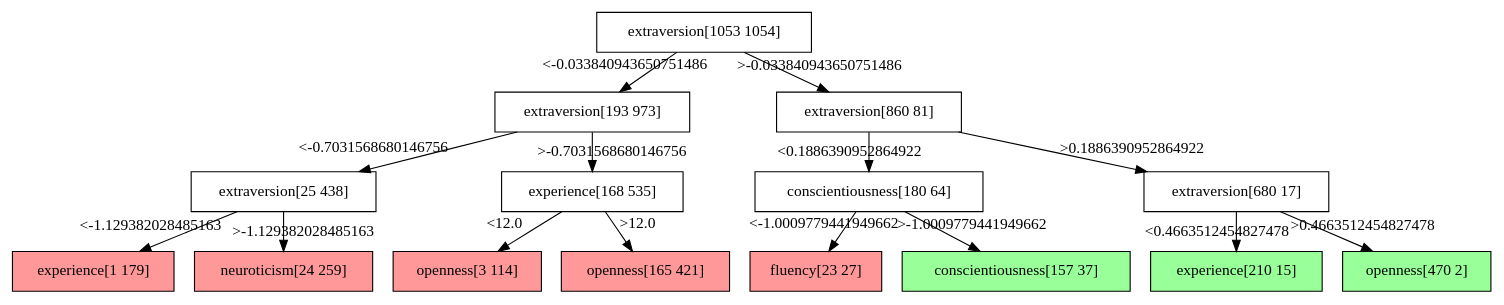
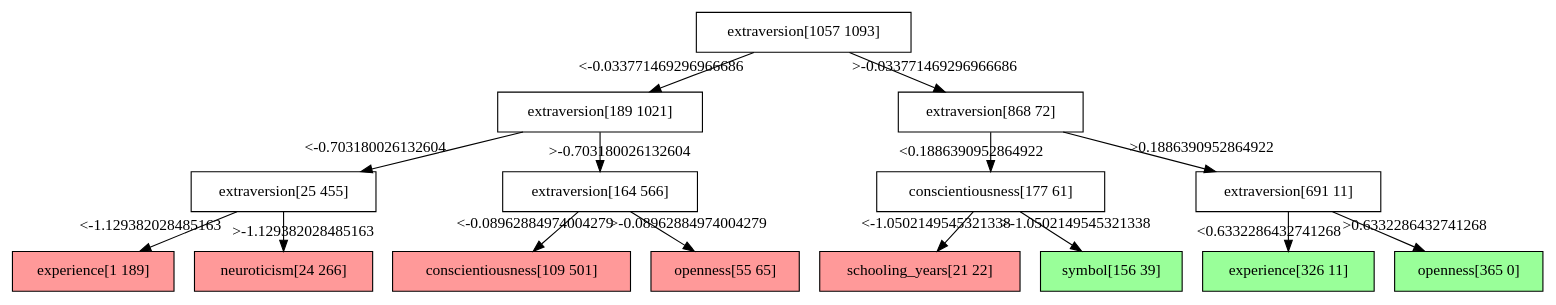
One commit to Poojabl26/Programming-Project changed the diagram in skills_and_wages/bld/out/analysis/decision_tree.dot. Above: the diagram before and after it, drawn with Graphviz. The commit also changed 15 other files, not shown here.

```diff
--- a/skills_and_wages/bld/out/analysis/decision_tree.dot
+++ b/skills_and_wages/bld/out/analysis/decision_tree.dot
@@ -1,32 +1,32 @@
 digraph Tree {
 node [shape=box, style="filled", color="black"] ;
-0 [ label="extraversion[1053 1054]" , fillcolor="#ffffff"] ;
-1 [ label="extraversion[193 973]" , fillcolor="#ffffff"] ;
-0->1 [labeldistance=2.5, labelangle=45, headlabel="<-0.033840943650751486"] ;
-3 [ label="extraversion[25 438]" , fillcolor="#ffffff"] ;
-1->3 [labeldistance=2.5, labelangle=45, headlabel="<-0.7031568680146756"] ;
-5 [ label="experience[1 179]" , fillcolor="#ff9999"] ;
+0 [ label="extraversion[1057 1093]" , fillcolor="#ffffff"] ;
+1 [ label="extraversion[189 1021]" , fillcolor="#ffffff"] ;
+0->1 [labeldistance=2.5, labelangle=45, headlabel="<-0.033771469296966686"] ;
+3 [ label="extraversion[25 455]" , fillcolor="#ffffff"] ;
+1->3 [labeldistance=2.5, labelangle=45, headlabel="<-0.703180026132604"] ;
+5 [ label="experience[1 189]" , fillcolor="#ff9999"] ;
 3->5 [labeldistance=2.5, labelangle=45, headlabel="<-1.129382028485163"] ;
-6 [ label="neuroticism[24 259]" , fillcolor="#ff9999"] ;
+6 [ label="neuroticism[24 266]" , fillcolor="#ff9999"] ;
 3->6 [labeldistance=2.5, labelangle=-45, headlabel=">-1.129382028485163"] ;
-4 [ label="experience[168 535]" , fillcolor="#ffffff"] ;
-1->4 [labeldistance=2.5, labelangle=-45, headlabel=">-0.7031568680146756"] ;
-7 [ label="openness[3 114]" , fillcolor="#ff9999"] ;
-4->7 [labeldistance=2.5, labelangle=45, headlabel="<12.0"] ;
-8 [ label="openness[165 421]" , fillcolor="#ff9999"] ;
-4->8 [labeldistance=2.5, labelangle=-45, headlabel=">12.0"] ;
-2 [ label="extraversion[860 81]" , fillcolor="#ffffff"] ;
-0->2 [labeldistance=2.5, labelangle=-45, headlabel=">-0.033840943650751486"] ;
-9 [ label="conscientiousness[180 64]" , fillcolor="#ffffff"] ;
+4 [ label="extraversion[164 566]" , fillcolor="#ffffff"] ;
+1->4 [labeldistance=2.5, labelangle=-45, headlabel=">-0.703180026132604"] ;
+7 [ label="conscientiousness[109 501]" , fillcolor="#ff9999"] ;
+4->7 [labeldistance=2.5, labelangle=45, headlabel="<-0.08962884974004279"] ;
+8 [ label="openness[55 65]" , fillcolor="#ff9999"] ;
+4->8 [labeldistance=2.5, labelangle=-45, headlabel=">-0.08962884974004279"] ;
+2 [ label="extraversion[868 72]" , fillcolor="#ffffff"] ;
+0->2 [labeldistance=2.5, labelangle=-45, headlabel=">-0.033771469296966686"] ;
+9 [ label="conscientiousness[177 61]" , fillcolor="#ffffff"] ;
 2->9 [labeldistance=2.5, labelangle=45, headlabel="<0.1886390952864922"] ;
-11 [ label="fluency[23 27]" , fillcolor="#ff9999"] ;
-9->11 [labeldistance=2.5, labelangle=45, headlabel="<-1.0009779441949662"] ;
-12 [ label="conscientiousness[157 37]" , fillcolor="#99ff99"] ;
-9->12 [labeldistance=2.5, labelangle=-45, headlabel=">-1.0009779441949662"] ;
-10 [ label="extraversion[680 17]" , fillcolor="#ffffff"] ;
+11 [ label="schooling_years[21 22]" , fillcolor="#ff9999"] ;
+9->11 [labeldistance=2.5, labelangle=45, headlabel="<-1.0502149545321338"] ;
+12 [ label="symbol[156 39]" , fillcolor="#99ff99"] ;
+9->12 [labeldistance=2.5, labelangle=-45, headlabel=">-1.0502149545321338"] ;
+10 [ label="extraversion[691 11]" , fillcolor="#ffffff"] ;
 2->10 [labeldistance=2.5, labelangle=-45, headlabel=">0.1886390952864922"] ;
-13 [ label="experience[210 15]" , fillcolor="#99ff99"] ;
-10->13 [labeldistance=2.5, labelangle=45, headlabel="<0.4663512454827478"] ;
-14 [ label="openness[470 2]" , fillcolor="#99ff99"] ;
-10->14 [labeldistance=2.5, labelangle=-45, headlabel=">0.4663512454827478"] ;
+13 [ label="experience[326 11]" , fillcolor="#99ff99"] ;
+10->13 [labeldistance=2.5, labelangle=45, headlabel="<0.6332286432741268"] ;
+14 [ label="openness[365 0]" , fillcolor="#99ff99"] ;
+10->14 [labeldistance=2.5, labelangle=-45, headlabel=">0.6332286432741268"] ;
 }
```
